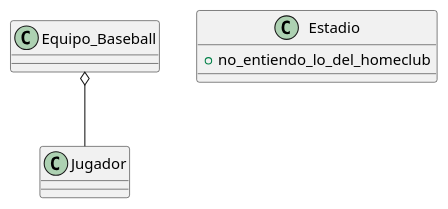
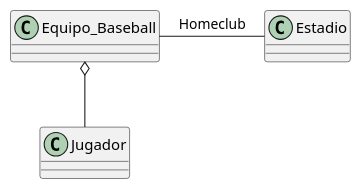
One commit to ValCicco/IS-022023 changed the diagram in docs/diagrams/b5baseball.plantuml. Above: the diagram before and after it, drawn with PlantUML. The commit also changed 9 other files, not shown here.

```diff
--- a/docs/diagrams/b5baseball.plantuml
+++ b/docs/diagrams/b5baseball.plantuml
@@ -1,14 +1,14 @@
 @startuml Baseball
 class Equipo_Baseball{
 
 }
 class Jugador{
 
 }
 class Estadio{
- + no_entiendo_lo_del_homeclub
+ 
 }
 Equipo_Baseball o-- Jugador
-
+Equipo_Baseball -right- Estadio : Homeclub
 
 @enduml
```
